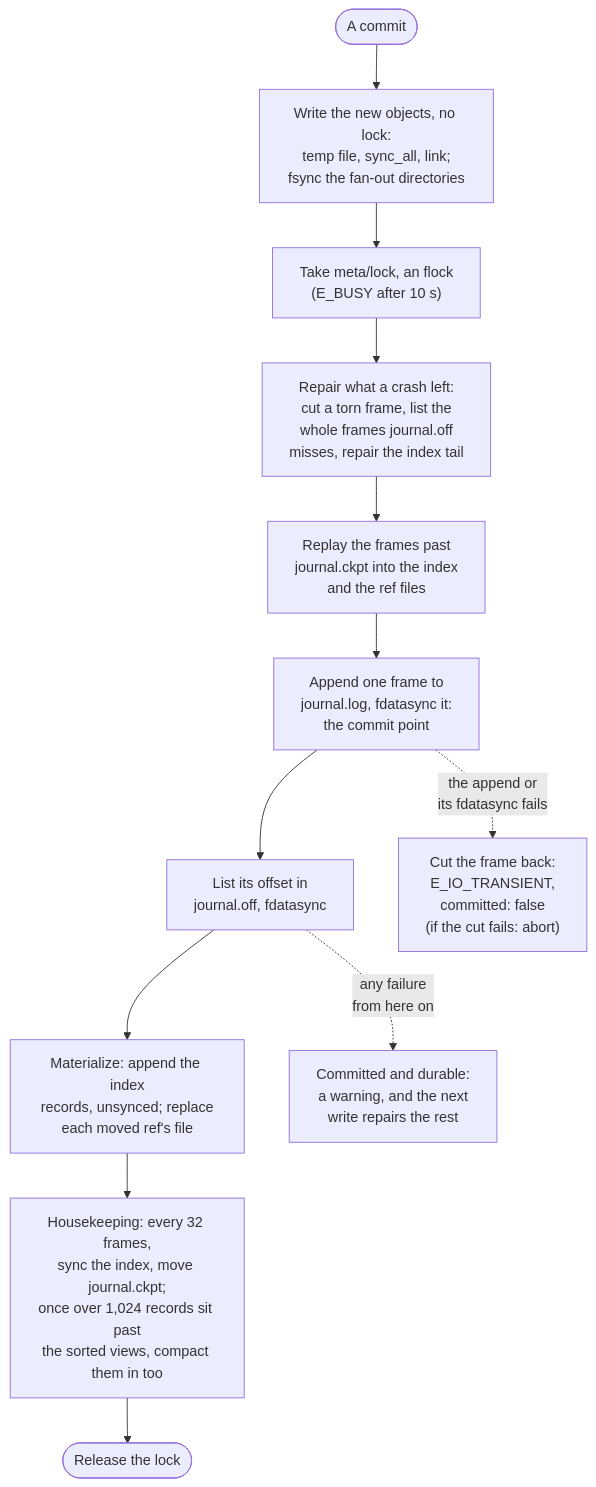
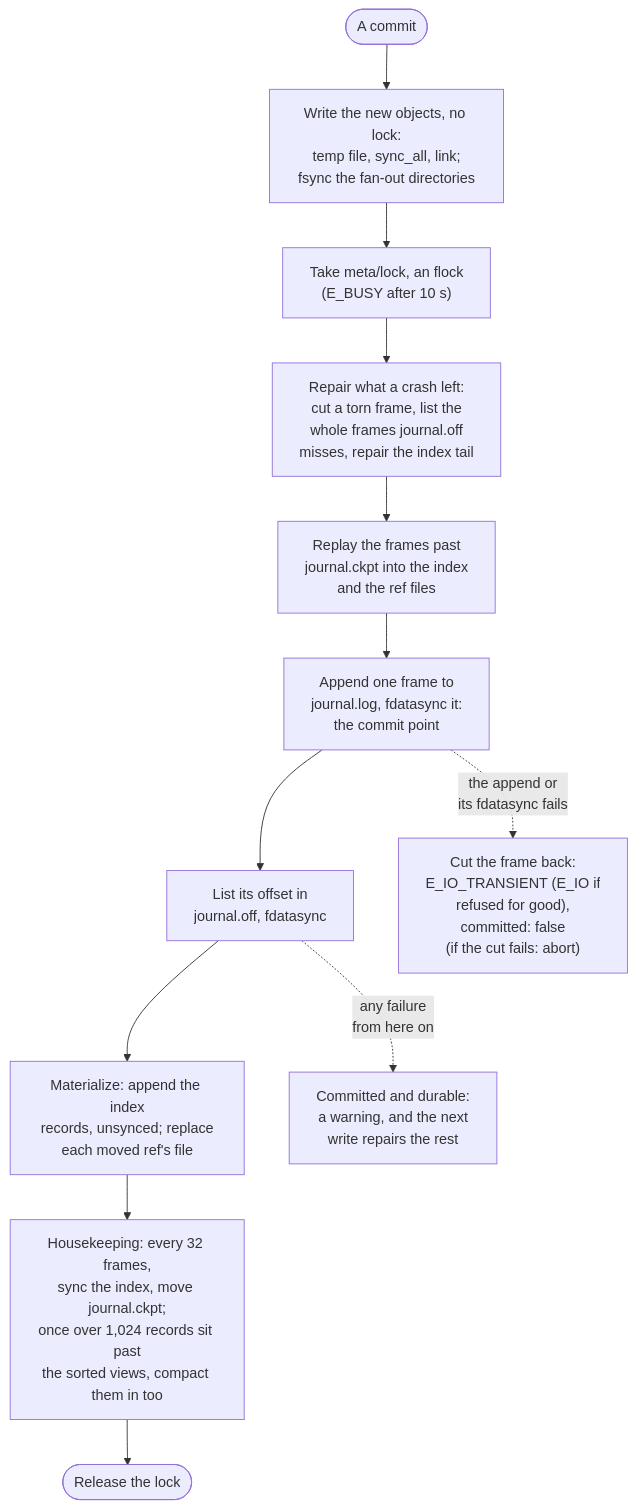
Before and after one commit to KeiaiLab/SwarmOps: the second of 3 diagrams in docs/architecture.md, drawn with Mermaid. The commit also changed other lines of this file and 8 other files, not shown here.

````diff
--- a/docs/architecture.md
+++ b/docs/architecture.md
@@ -199,14 +199,14 @@
 ```mermaid
 flowchart TD
   start(["A commit"]) --> objs["Write the new objects, no lock:<br/>temp file, sync_all, link;<br/>fsync the fan-out directories"]
   objs --> lock["Take meta/lock, an flock<br/>(E_BUSY after 10 s)"]
   lock --> repair["Repair what a crash left:<br/>cut a torn frame, list the<br/>whole frames journal.off<br/>misses, repair the index tail"]
   repair --> replay["Replay the frames past<br/>journal.ckpt into the index<br/>and the ref files"]
   replay --> append["Append one frame to<br/>journal.log, fdatasync it:<br/>the commit point"]
   append --> list["List its offset in<br/>journal.off, fdatasync"]
   list --> mat["Materialize: append the index<br/>records, unsynced; replace<br/>each moved ref's file"]
   mat --> settle["Housekeeping: every 32 frames,<br/>sync the index, move journal.ckpt;<br/>once over 1,024 records sit past<br/>the sorted views, compact them in too"]
   settle --> done(["Release the lock"])
-  append -. "the append or<br/>its fdatasync fails" .-> cut["Cut the frame back:<br/>E_IO_TRANSIENT,<br/>committed: false<br/>(if the cut fails: abort)"]
+  append -. "the append or<br/>its fdatasync fails" .-> cut["Cut the frame back:<br/>E_IO_TRANSIENT (E_IO if<br/>refused for good),<br/>committed: false<br/>(if the cut fails: abort)"]
   list -. "any failure<br/>from here on" .-> warn["Committed and durable:<br/>a warning, and the next<br/>write repairs the rest"]
 ```
````
